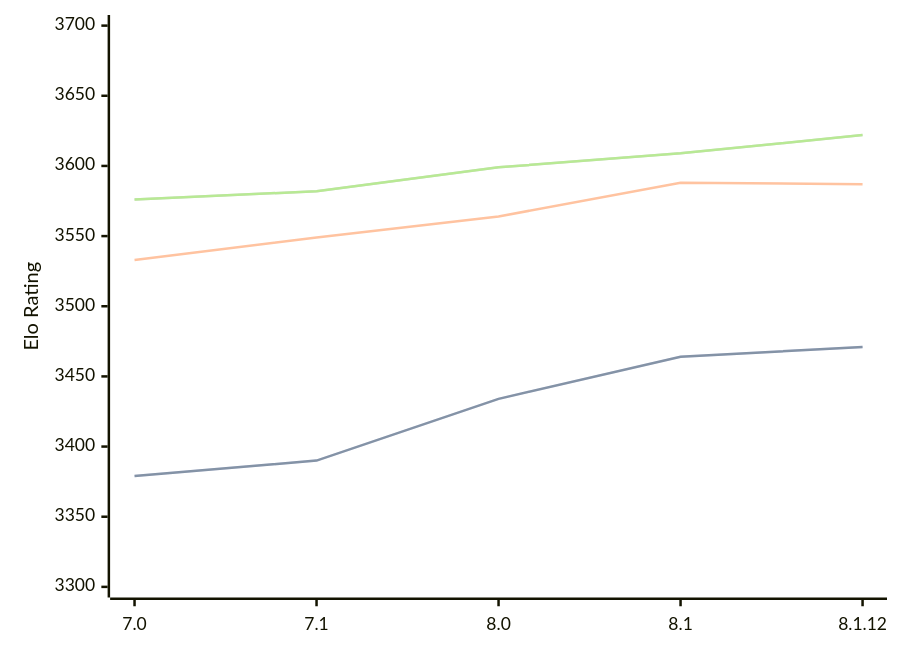
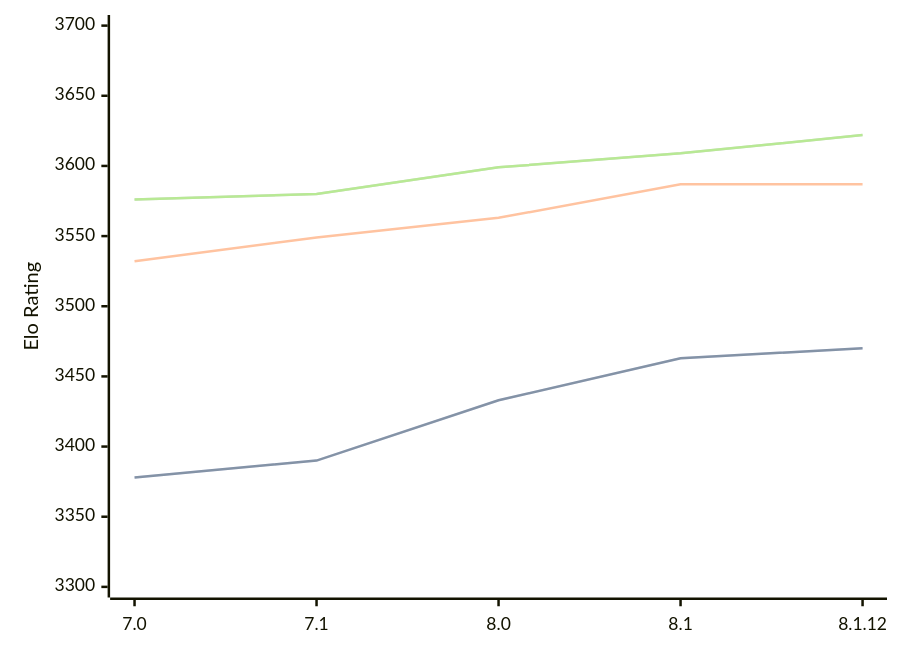
The diagram in engines/Alexandria.md (computer-chess-index/cci), drawn with Mermaid before and after one commit. The commit also changed other lines of this file, not shown here.

Commit message:
Update CCI Ratings (ELO VLTC) - 2026-02-28

````diff
--- a/engines/Alexandria.md
+++ b/engines/Alexandria.md
@@ -52,11 +53,11 @@
 ```mermaid
 %%{init: {"theme":"base","themeVariables":{"seriesColors:['#a3a3a3','#222221','#faa371']}}}%%
 xychart-beta
   x-axis ["7.0", "7.1", "8.0", "8.1", "8.1.12"]
   y-axis "Elo Rating" 3300 --> 3700
-  line "STC (8.0+0.08s)" [3379, 3390, 3434, 3464, 3471]
-  line "STC (8.0+0.08s)" [3379, 3390, 3434, 3464, 3471]
-  line "LTC (60.0+0.60s)" [3533, 3549, 3564, 3588, 3587]
-  line "VLTC (2m24s+1.12s)" [3576, 3582, 3599, 3609, 3622]
-  line "VLTC (2m24s+1.12s)" [3576, 3582, 3599, 3609, 3622]
+  line "STC (8.0+0.08s)" [3378, 3390, 3433, 3463, 3470]
+  line "STC (8.0+0.08s)" [3378, 3390, 3433, 3463, 3470]
+  line "LTC (60.0+0.60s)" [3532, 3549, 3563, 3587, 3587]
+  line "VLTC (2m24s+1.12s)" [3576, 3580, 3599, 3609, 3622]
+  line "VLTC (2m24s+1.12s)" [3576, 3580, 3599, 3609, 3622]
 ```
````
